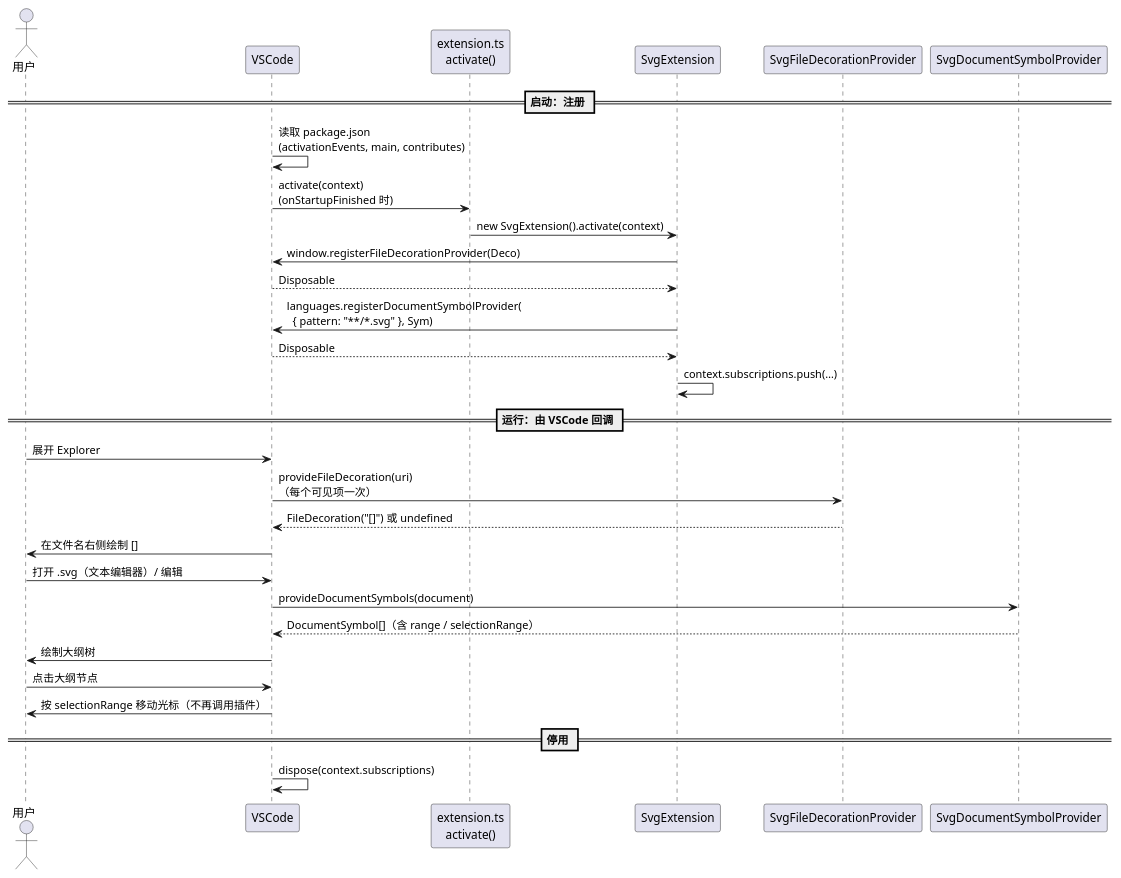
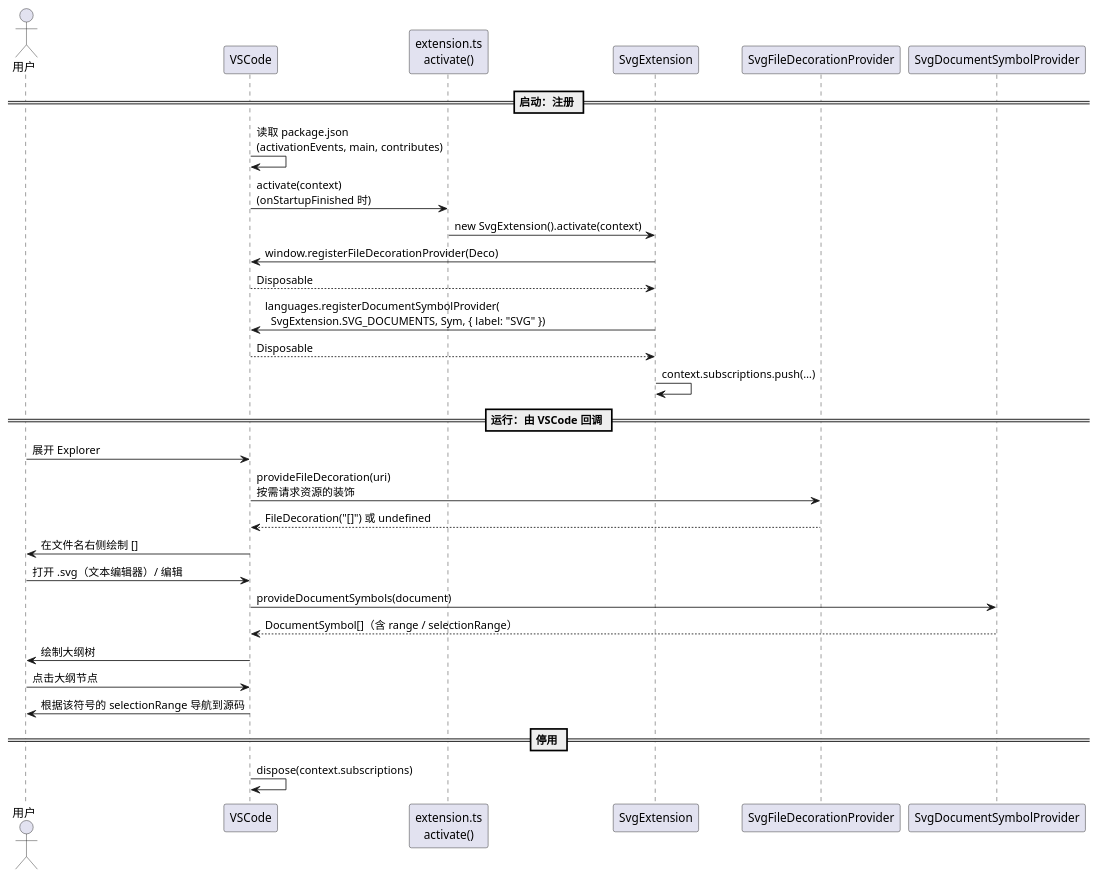
Before and after one commit to ElastingYun/software_homework: the first of 2 diagrams in vscode-extension/ANALYSIS.md, drawn with PlantUML. The commit also changed other lines of this file and 11 other files, not shown here.

````diff
--- a/vscode-extension/ANALYSIS.md
+++ b/vscode-extension/ANALYSIS.md
@@ -24,36 +24,36 @@
 ```plantuml
 @startuml registration
 actor 用户
 participant "VSCode" as VS
 participant "extension.ts\nactivate()" as Entry
 participant "SvgExtension" as Ext
 participant "SvgFileDecorationProvider" as Deco
 participant "SvgDocumentSymbolProvider" as Sym
 
 == 启动：注册 ==
 VS -> VS : 读取 package.json\n(activationEvents, main, contributes)
 VS -> Entry : activate(context)\n(onStartupFinished 时)
 Entry -> Ext : new SvgExtension().activate(context)
 Ext -> VS : window.registerFileDecorationProvider(Deco)
 VS --> Ext : Disposable
-Ext -> VS : languages.registerDocumentSymbolProvider(\n  { pattern: "**/*.svg" }, Sym)
+Ext -> VS : languages.registerDocumentSymbolProvider(\n  SvgExtension.SVG_DOCUMENTS, Sym, { label: "SVG" })
 VS --> Ext : Disposable
 Ext -> Ext : context.subscriptions.push(…)
 
 == 运行：由 VSCode 回调 ==
 用户 -> VS : 展开 Explorer
-VS -> Deco : provideFileDecoration(uri)\n（每个可见项一次）
+VS -> Deco : provideFileDecoration(uri)\n按需请求资源的装饰
 Deco --> VS : FileDecoration("[]") 或 undefined
 VS -> 用户 : 在文件名右侧绘制 []
 
 用户 -> VS : 打开 .svg（文本编辑器）/ 编辑
 VS -> Sym : provideDocumentSymbols(document)
 Sym --> VS : DocumentSymbol[]（含 range / selectionRange）
 VS -> 用户 : 绘制大纲树
 用户 -> VS : 点击大纲节点
-VS -> 用户 : 按 selectionRange 移动光标（不再调用插件）
+VS -> 用户 : 根据该符号的 selectionRange 导航到源码
 
 == 停用 ==
 VS -> VS : dispose(context.subscriptions)
 @enduml
 ```
````
